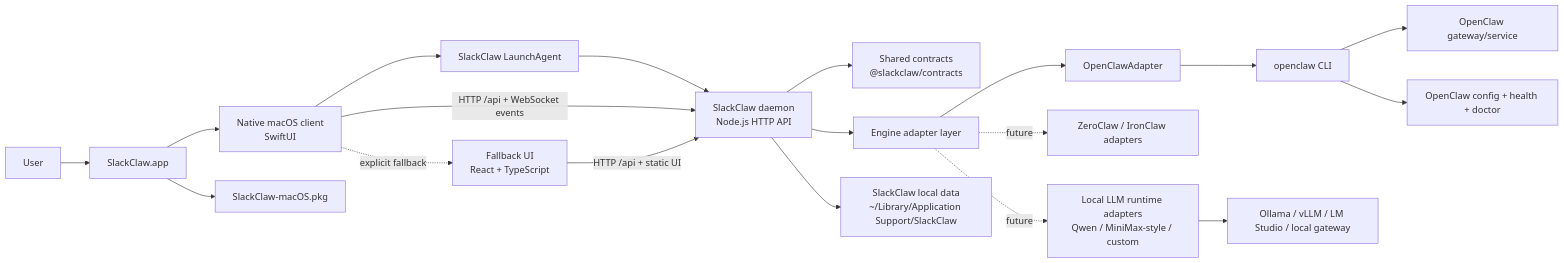
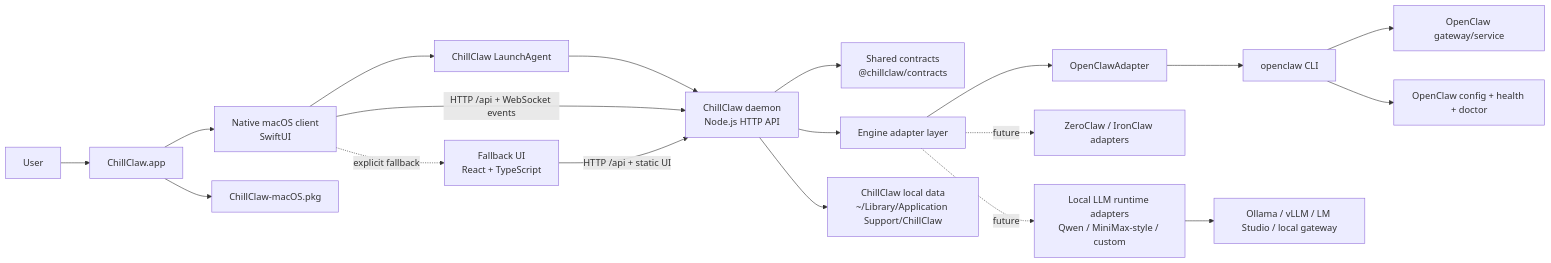
One commit to Jian130/slackclaw changed the diagram in README.md. Above: the diagram before and after it, drawn with Mermaid. The commit also changed other lines of this file and 227 other files, not shown here.

Commit message:
Finish ChillClaw rename across clients and docs

````diff
--- a/README.md
+++ b/README.md
@@ -62,21 +62,21 @@
 ```mermaid
 flowchart LR
-    User["User"] --> App["SlackClaw.app"]
+    User["User"] --> App["ChillClaw.app"]
     App --> Native["Native macOS client<br/>SwiftUI"]
-    Native --> LaunchAgent["SlackClaw LaunchAgent"]
-    LaunchAgent --> Daemon["SlackClaw daemon<br/>Node.js HTTP API"]
+    Native --> LaunchAgent["ChillClaw LaunchAgent"]
+    LaunchAgent --> Daemon["ChillClaw daemon<br/>Node.js HTTP API"]
     Native -->|HTTP /api + WebSocket events| Daemon
     Native -. explicit fallback .-> Browser["Fallback UI<br/>React + TypeScript"]
     Browser -->|HTTP /api + static UI| Daemon
-    Daemon --> Contracts["Shared contracts<br/>@slackclaw/contracts"]
+    Daemon --> Contracts["Shared contracts<br/>@chillclaw/contracts"]
     Daemon --> Adapter["Engine adapter layer"]
     Adapter --> OpenClaw["OpenClawAdapter"]
     Adapter -. future .-> Future["ZeroClaw / IronClaw adapters"]
     Adapter -. future .-> LocalLLM["Local LLM runtime adapters<br/>Qwen / MiniMax-style / custom"]
     OpenClaw --> CLI["openclaw CLI"]
     CLI --> Gateway["OpenClaw gateway/service"]
     CLI --> Config["OpenClaw config + health + doctor"]
     LocalLLM --> LocalRuntime["Ollama / vLLM / LM Studio / local gateway"]
-    Daemon --> Data["SlackClaw local data<br/>~/Library/Application Support/SlackClaw"]
-    App --> Pkg["SlackClaw-macOS.pkg"]
+    Daemon --> Data["ChillClaw local data<br/>~/Library/Application Support/ChillClaw"]
+    App --> Pkg["ChillClaw-macOS.pkg"]
 ```
````
